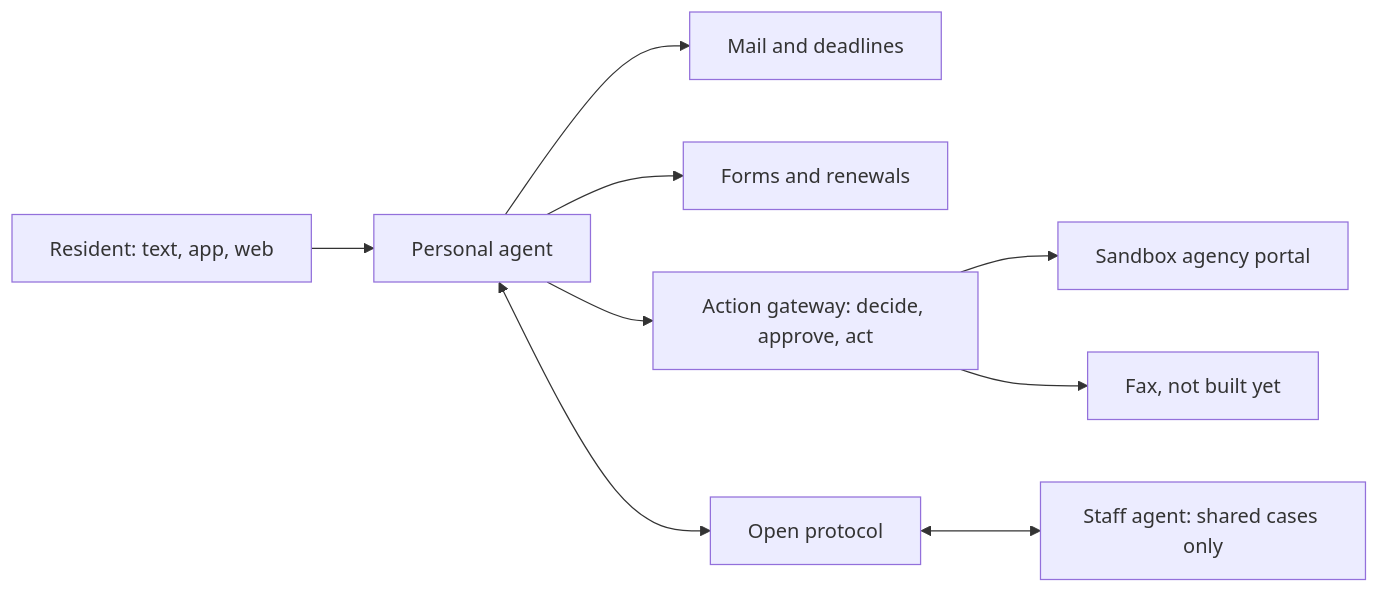
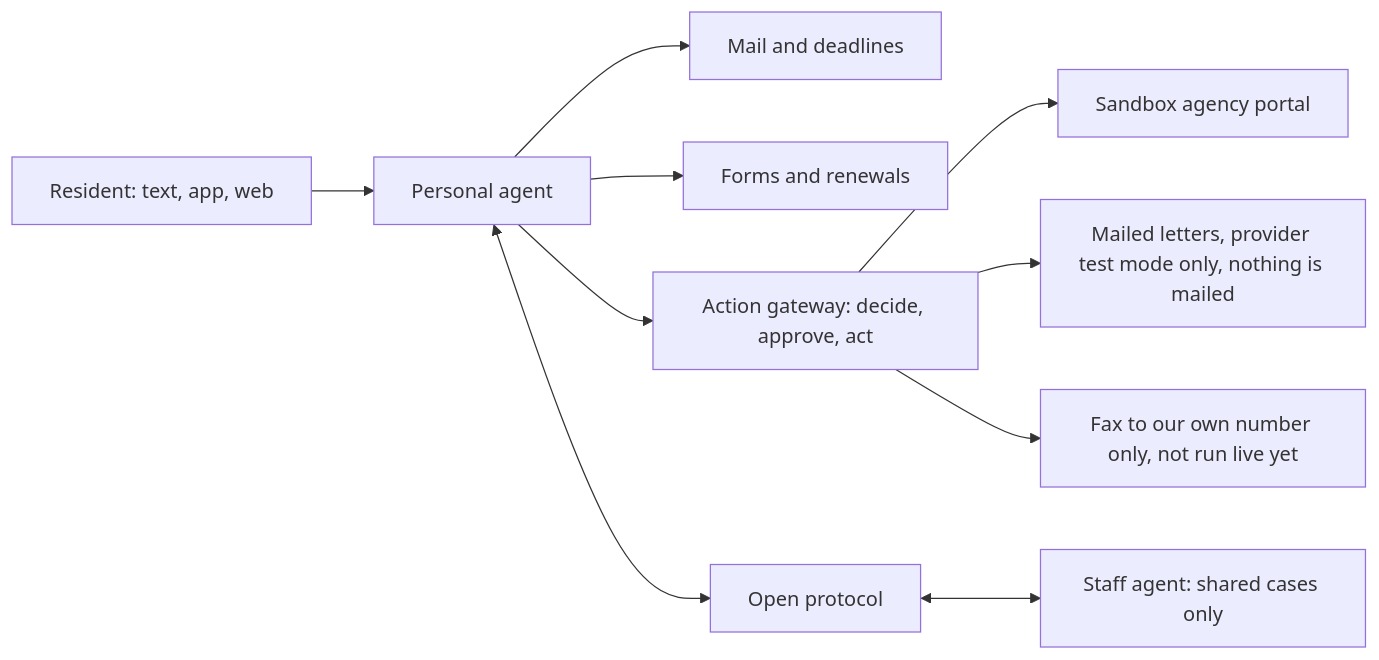
Before and after one commit to mrcoven94/mano: the diagram in README.md, drawn with Mermaid. The commit also changed 35 other files, not shown here.

First line of the commit message:
[Engine] LAP-860: faxes and mailed letters through the gateway

````diff
--- a/README.md
+++ b/README.md
@@ -22,11 +22,12 @@
 ```mermaid
 flowchart LR
     resident[Resident: text, app, web] --> agent[Personal agent]
     agent --> mail[Mail and deadlines]
     agent --> forms[Forms and renewals]
     agent --> gateway[Action gateway: decide, approve, act]
     gateway --> portal[Sandbox agency portal]
-    gateway --> fax[Fax, not built yet]
+    gateway --> letters[Mailed letters, provider test mode only, nothing is mailed]
+    gateway --> fax[Fax to our own number only, not run live yet]
     agent <--> protocol[Open protocol]
     protocol <--> staff[Staff agent: shared cases only]
 ```
````
